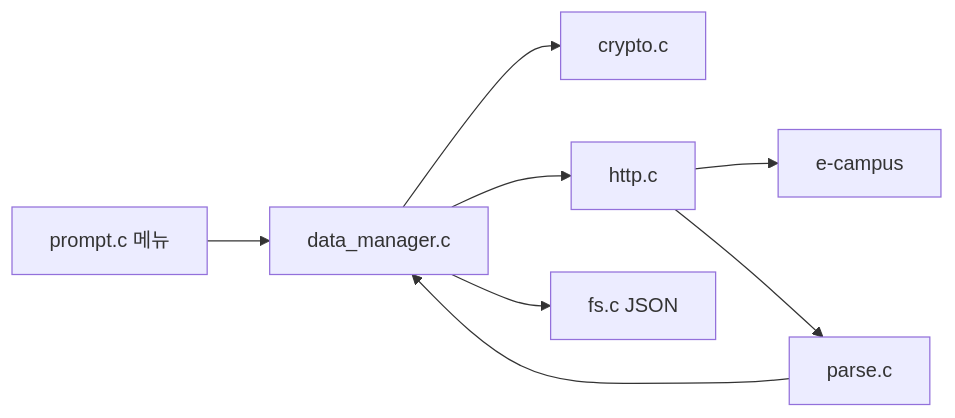
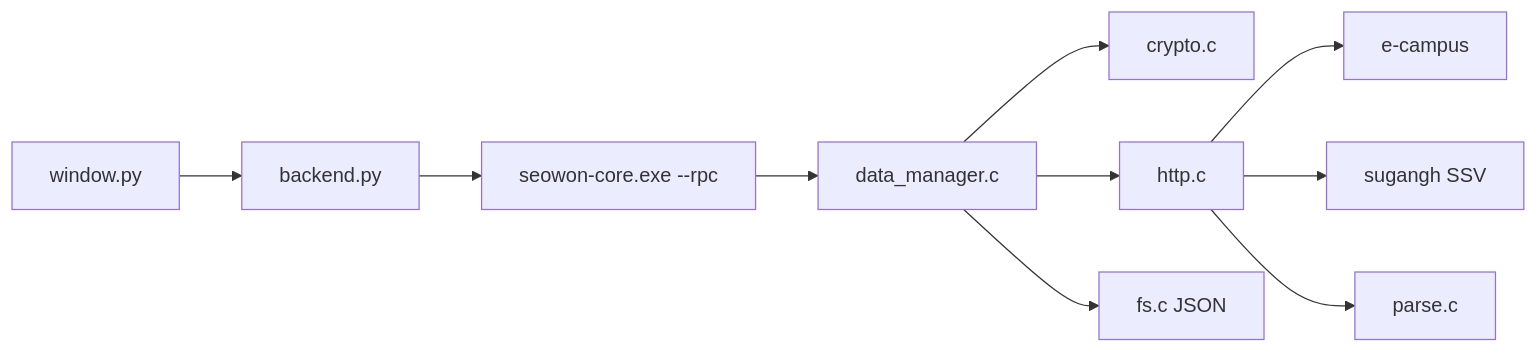
Before and after one commit to hy040504/seowon-cli: the diagram in README.md, drawn with Mermaid. The commit also changed other lines of this file, not shown here.

````diff
--- a/README.md
+++ b/README.md
@@ -147,10 +158,12 @@
 ```mermaid
 flowchart LR
-  A[prompt.c 메뉴] --> B[data_manager.c]
-  B --> C[crypto.c]
-  B --> D[http.c]
-  D --> E[e-campus]
-  D --> F[parse.c]
-  F --> B
-  B --> G[fs.c JSON]
+  A[window.py] --> B[backend.py]
+  B --> C["seowon-core.exe --rpc"]
+  C --> D[data_manager.c]
+  D --> E[crypto.c]
+  D --> F[http.c]
+  F --> G[e-campus]
+  F --> H[sugangh SSV]
+  F --> I[parse.c]
+  D --> J[fs.c JSON]
 ```
````
